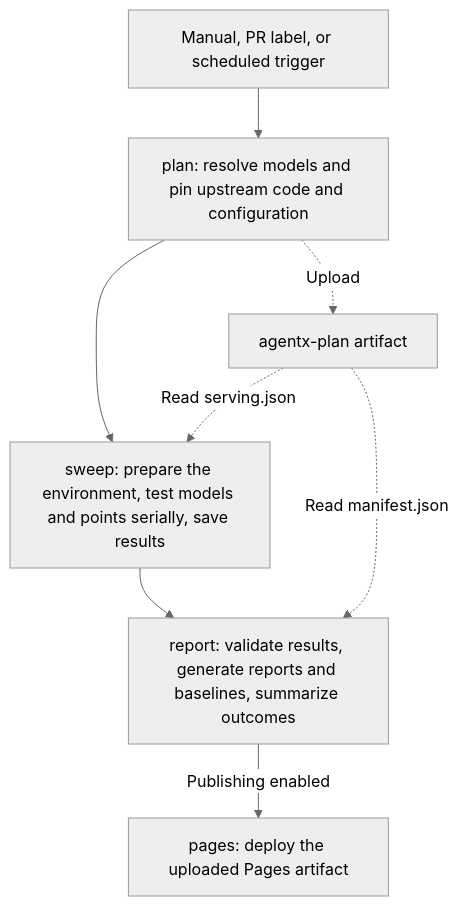
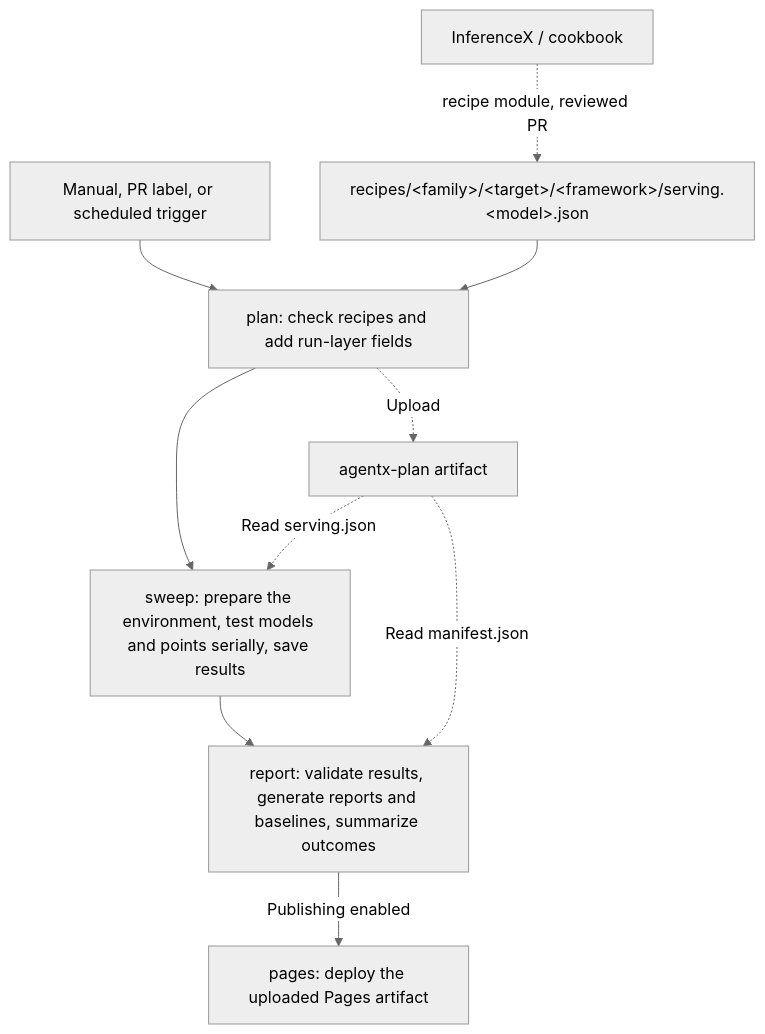
Before and after one commit to AMD-AGI/AKLR: the diagram in benchmarks/agentx/README.md, drawn with Mermaid (neutral theme). The commit also changed other lines of this file and 41 other files, not shown here.

First line of the commit message:
feat(agentx): plan from reviewed recipe files, add vLLM and per-framework runs (#208)

````diff
--- a/benchmarks/agentx/README.md
+++ b/benchmarks/agentx/README.md
@@ -11,10 +11,11 @@
 ```mermaid
 flowchart TD
-    T["Manual, PR label, or scheduled trigger"] --> P["plan: resolve models and pin upstream code and configuration"]
+    T["Manual, PR label, or scheduled trigger"] --> P["plan: check recipes and add run-layer fields"]
+    X["InferenceX / cookbook"] -.->|"recipe module, reviewed PR"| L["recipes/#lt;family#gt;/#lt;target#gt;/#lt;framework#gt;/serving.#lt;model#gt;.json"] --> P
     P --> S["sweep: prepare the environment, test models and points serially, save results"]
     S --> R["report: validate results, generate reports and baselines, summarize outcomes"]
     R -->|"Publishing enabled"| D["pages: deploy the uploaded Pages artifact"]
     P -.->|"Upload"| A["agentx-plan artifact"]
     A -.->|"Read serving.json"| S
     A -.->|"Read manifest.json"| R
 ```
````
